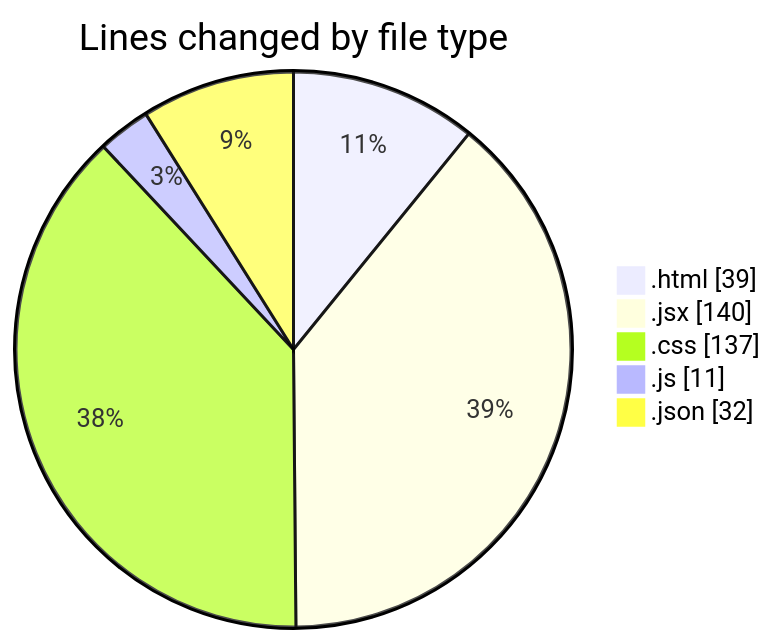
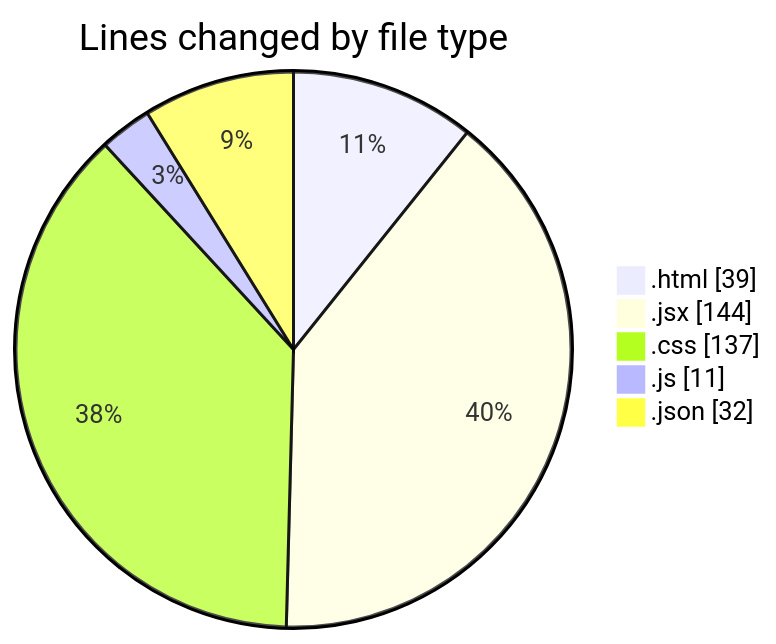
Before and after one commit to Elitesun/code-tracking: the first of 2 diagrams in 2025-02-12/elitegpt/README.md, drawn with Mermaid. The commit also changed other lines of this file and 1 other file, not shown here.

````diff
--- a/2025-02-12/elitegpt/README.md
+++ b/2025-02-12/elitegpt/README.md
@@ -27,9 +27,9 @@
 ```mermaid
 pie showData
 title Lines changed by file type
 ".html" : 39
-".jsx" : 140
+".jsx" : 144
 ".css" : 137
 ".js" : 11
 ".json" : 32
 ```
````
